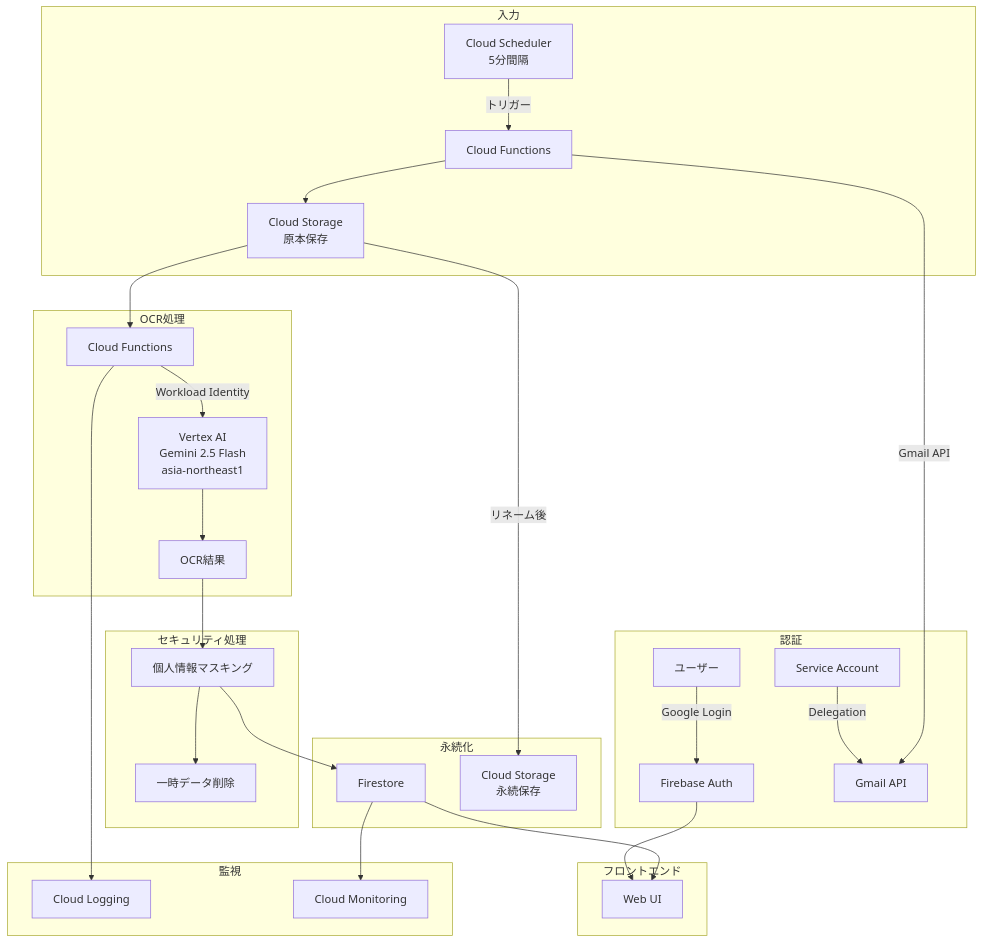
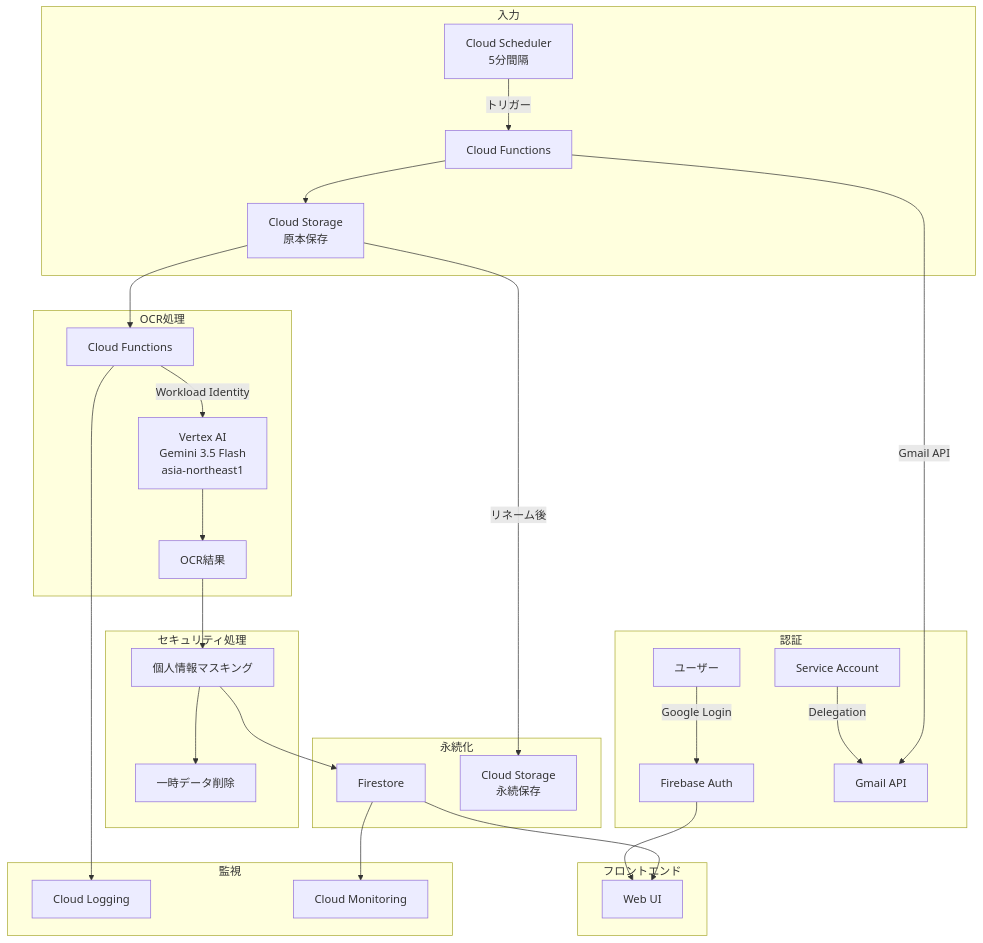
The diagram in docs/context/gcp-migration-scope.md (yasushi-honda/doc-split), drawn with Mermaid before and after one commit. The commit also changed other lines of this file and 15 other files, not shown here.

````diff
--- a/docs/context/gcp-migration-scope.md
+++ b/docs/context/gcp-migration-scope.md
@@ -78,42 +78,42 @@
 ```mermaid
 flowchart TD
     subgraph AUTH["認証"]
         U[ユーザー] -->|Google Login| FA[Firebase Auth]
         SA[Service Account] -->|Delegation| GA[Gmail API]
     end
 
     subgraph INPUT["入力"]
         SCH[Cloud Scheduler<br/>5分間隔] -->|トリガー| B[Cloud Functions]
         B -->|Gmail API| GA
         B --> C[Cloud Storage<br/>原本保存]
     end
 
     subgraph OCR["OCR処理"]
         C --> D[Cloud Functions]
-        D -->|Workload Identity| E[Vertex AI<br/>Gemini 2.5 Flash<br/>asia-northeast1]
+        D -->|Workload Identity| E[Vertex AI<br/>Gemini 3.5 Flash<br/>asia-northeast1]
         E --> F[OCR結果]
     end
 
     subgraph SECURITY["セキュリティ処理"]
         F --> G[個人情報マスキング]
         G --> H[一時データ削除]
     end
 
     subgraph STORE["永続化"]
         G --> I[Firestore]
         C -->|リネーム後| J[Cloud Storage<br/>永続保存]
     end
 
     subgraph UI["フロントエンド"]
         FA --> W[Web UI]
         I --> W
     end
 
     subgraph MONITOR["監視"]
         K[Cloud Logging]
         L[Cloud Monitoring]
     end
 
     D --> K
     I --> L
 ```
````
